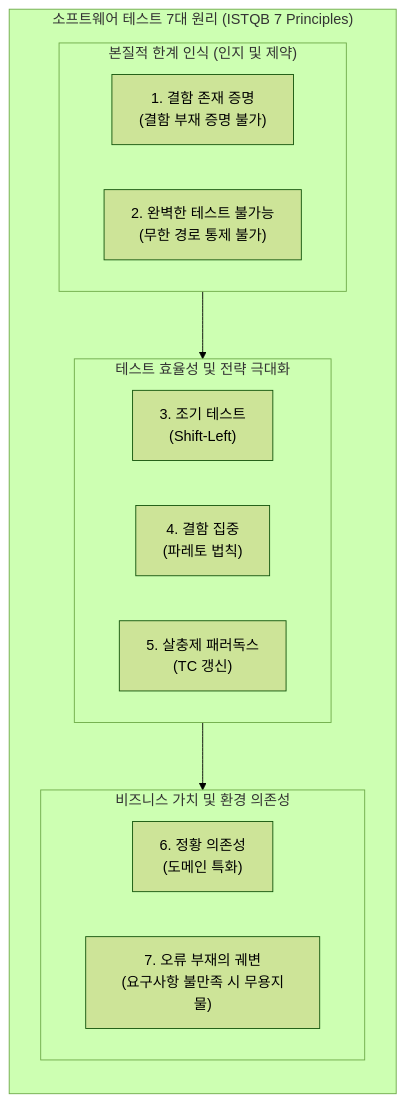
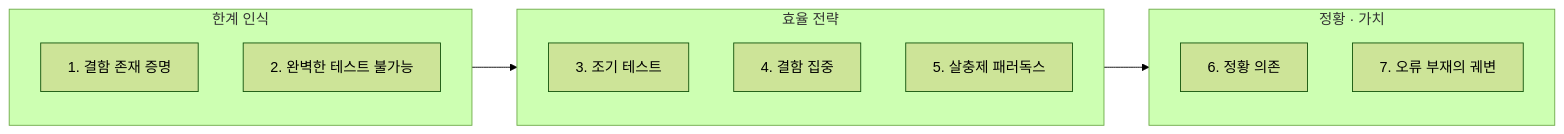
One commit to supremethumb/supremethumb.github.io changed the diagram in content/01_IT Tech/소프트웨어 테스트 원리.md. Above: the diagram before and after it, drawn with Mermaid (forest theme). The commit also changed other lines of this file and 1087 other files, not shown here.

````diff
--- a/content/01_IT Tech/소프트웨어 테스트 원리.md
+++ b/content/01_IT Tech/소프트웨어 테스트 원리.md
@@ -23,28 +35,17 @@
 ```mermaid
-flowchart TB
-    subgraph Testing_Principles["소프트웨어 테스트 7대 원리 (ISTQB 7 Principles)"]
-        direction TB
-        
-        subgraph Limitation["본질적 한계 인식 (인지 및 제약)"]
-            direction LR
-            P1["1. 결함 존재 증명<br/>(결함 부재 증명 불가)"]
-            P2["2. 완벽한 테스트 불가능<br/>(무한 경로 통제 불가)"]
-        end
-        
-        subgraph Efficiency["테스트 효율성 및 전략 극대화"]
-            direction LR
-            P3["3. 조기 테스트<br/>(Shift-Left)"]
-            P4["4. 결함 집중<br/>(파레토 법칙)"]
-            P5["5. 살충제 패러독스<br/>(TC 갱신)"]
-        end
-        
-        subgraph Context["비즈니스 가치 및 환경 의존성"]
-            direction LR
-            P6["6. 정황 의존성<br/>(도메인 특화)"]
-            P7["7. 오류 부재의 궤변<br/>(요구사항 불만족 시 무용지물)"]
-        end
-        
-        Limitation --> Efficiency --> Context
+flowchart LR
+    subgraph L ["한계 인식"]
+        P1["1. 결함 존재 증명"]
+        P2["2. 완벽한 테스트 불가능"]
     end
-
+    subgraph E ["효율 전략"]
+        P3["3. 조기 테스트"]
+        P4["4. 결함 집중"]
+        P5["5. 살충제 패러독스"]
+    end
+    subgraph C ["정황 · 가치"]
+        P6["6. 정황 의존"]
+        P7["7. 오류 부재의 궤변"]
+    end
+    L --> E --> C
 ```
````
